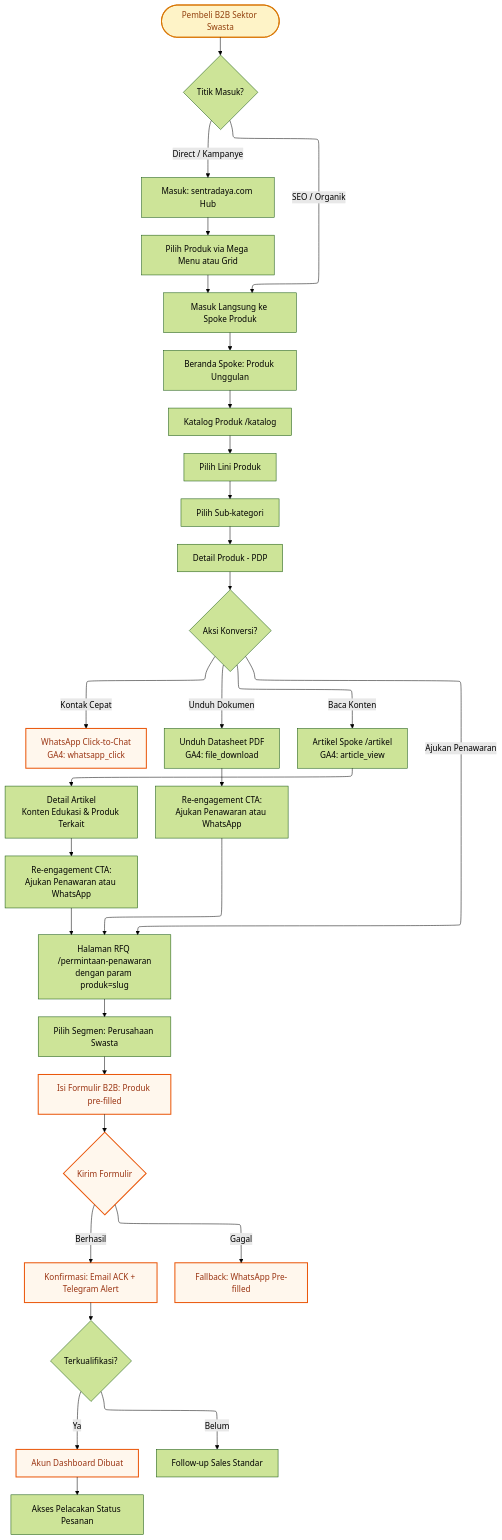
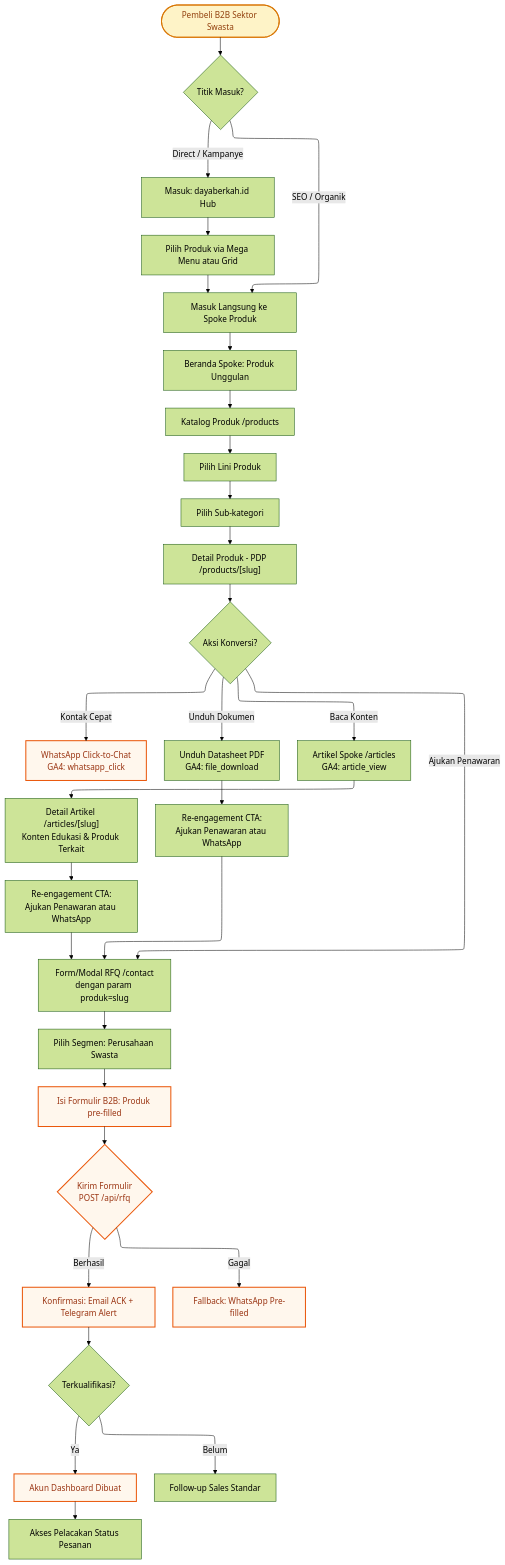
Before and after one commit to pxrzival404/arostech-hub: the second of 3 diagrams in docs/core/information-architecture/ia-user-flows.md, drawn with Mermaid (forest theme). The commit also changed other lines of this file and 27 other files, not shown here.

````diff
--- a/docs/core/information-architecture/ia-user-flows.md
+++ b/docs/core/information-architecture/ia-user-flows.md
@@ -85,47 +86,47 @@
 ```mermaid
 ---
 config:
   layout: elk
 ---
 flowchart TD
     classDef entry fill:#fef3c7,stroke:#d97706,stroke-width:2px,color:#92400e
     classDef conversion fill:#fff7ed,stroke:#ea580c,stroke-width:2px,color:#9a3412
 
     START(["Pembeli B2B Sektor Swasta"])
     START --> ENTRY{"Titik Masuk?"}
     ENTRY -->|"SEO / Organik"| SPOKE["Masuk Langsung ke Spoke Produk"]
-    ENTRY -->|"Direct / Kampanye"| HUB["Masuk: sentradaya.com Hub"]
+    ENTRY -->|"Direct / Kampanye"| HUB["Masuk: dayaberkah.id Hub"]
     HUB --> HUBCTA["Pilih Produk via Mega Menu atau Grid"]
     HUBCTA --> SPOKE
     SPOKE --> SPHOME["Beranda Spoke: Produk Unggulan"]
-    SPHOME --> CATALOG["Katalog Produk /katalog"]
+    SPHOME --> CATALOG["Katalog Produk /products"]
     CATALOG --> LINE["Pilih Lini Produk"]
     LINE --> SUBCAT["Pilih Sub-kategori"]
-    SUBCAT --> PDP["Detail Produk - PDP"]
+    SUBCAT --> PDP["Detail Produk - PDP /products/[slug]"]
     PDP --> ACTION{"Aksi Konversi?"}
-    ACTION -->|"Ajukan Penawaran"| RFQPAGE["Halaman RFQ /permintaan-penawaran\ndengan param produk=slug"]
+    ACTION -->|"Ajukan Penawaran"| RFQPAGE["Form/Modal RFQ /contact\ndengan param produk=slug"]
     ACTION -->|"Kontak Cepat"| WHATSAPP["WhatsApp Click-to-Chat\nGA4: whatsapp_click"]
     ACTION -->|"Unduh Dokumen"| DOWNLOAD["Unduh Datasheet PDF\nGA4: file_download"]
-    ACTION -->|"Baca Konten"| ARTIKEL["Artikel Spoke /artikel\nGA4: article_view"]
-    ARTIKEL --> ARTDET["Detail Artikel\nKonten Edukasi & Produk Terkait"]
+    ACTION -->|"Baca Konten"| ARTIKEL["Artikel Spoke /articles\nGA4: article_view"]
+    ARTIKEL --> ARTDET["Detail Artikel /articles/[slug]\nKonten Edukasi & Produk Terkait"]
     ARTDET --> REENGAGE2["Re-engagement CTA:\nAjukan Penawaran atau WhatsApp"]
     REENGAGE2 --> RFQPAGE
     DOWNLOAD --> REENGAGE["Re-engagement CTA:\nAjukan Penawaran atau WhatsApp"]
     REENGAGE --> RFQPAGE
     RFQPAGE --> SEGMENT["Pilih Segmen: Perusahaan Swasta"]
     SEGMENT --> B2BFORM["Isi Formulir B2B: Produk pre-filled"]
-    B2BFORM --> SUBMIT{"Kirim Formulir"}
+    B2BFORM --> SUBMIT{"Kirim Formulir\nPOST /api/rfq"}
     SUBMIT -->|"Berhasil"| CONFIRM["Konfirmasi: Email ACK + Telegram Alert"]
     SUBMIT -->|"Gagal"| FALLBACK["Fallback: WhatsApp Pre-filled"]
     CONFIRM --> QUALIFY{"Terkualifikasi?"}
     QUALIFY -->|"Ya"| PROVISION["Akun Dashboard Dibuat"]
     QUALIFY -->|"Belum"| FOLLOWUP["Follow-up Sales Standar"]
     PROVISION --> TRACKING["Akses Pelacakan Status Pesanan"]
     class START entry
     class WHATSAPP conversion
     class B2BFORM conversion
     class SUBMIT conversion
     class CONFIRM conversion
     class FALLBACK conversion
     class PROVISION conversion
 ```
````
